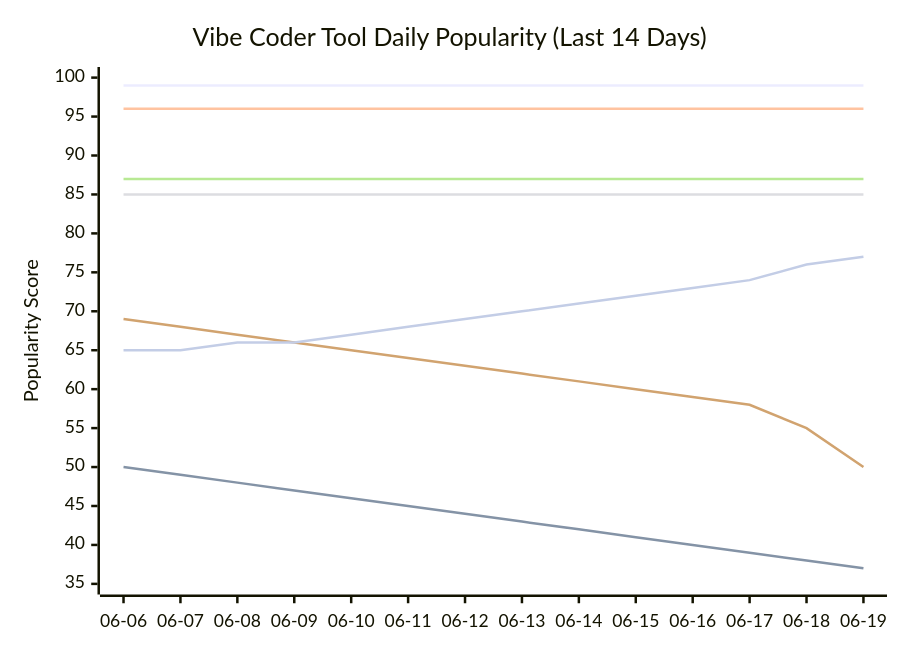
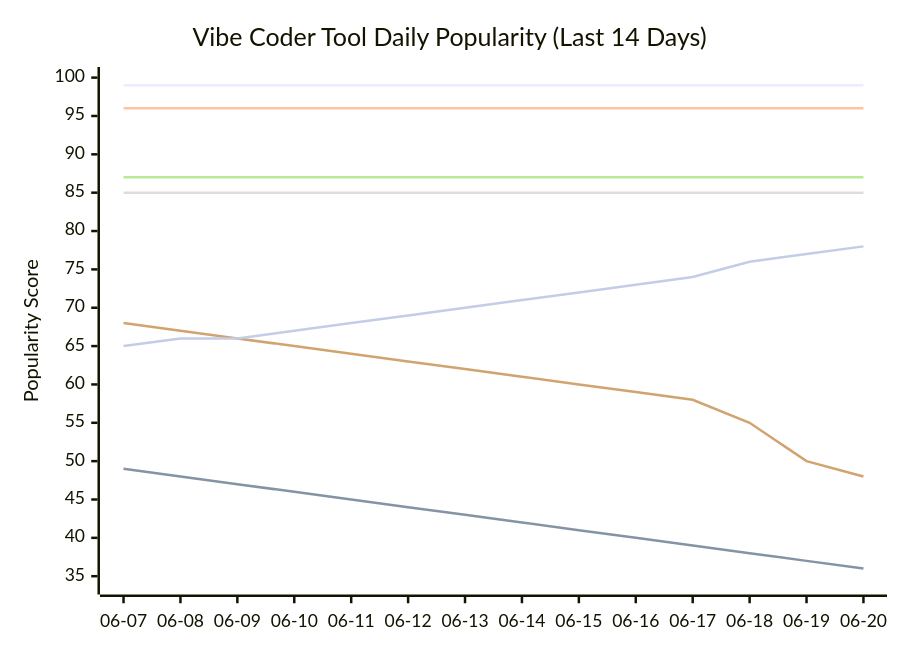
Before and after one commit to tykimos/ai-whatchelin: the seventh of 11 diagrams in README.md, drawn with Mermaid. The commit also changed other lines of this file and 4 other files, not shown here.

````diff
--- a/README.md
+++ b/README.md
@@ -1666,13 +1674,13 @@
 ```mermaid
 xychart-beta
     title "Vibe Coder Tool Daily Popularity (Last 14 Days)"
-    x-axis ["06-06", "06-07", "06-08", "06-09", "06-10", "06-11", "06-12", "06-13", "06-14", "06-15", "06-16", "06-17", "06-18", "06-19"]
-    y-axis "Popularity Score" 35 --> 100
+    x-axis ["06-07", "06-08", "06-09", "06-10", "06-11", "06-12", "06-13", "06-14", "06-15", "06-16", "06-17", "06-18", "06-19", "06-20"]
+    y-axis "Popularity Score" 34 --> 100
     line "Claude Code" [99, 99, 99, 99, 99, 99, 99, 99, 99, 99, 99, 99, 99, 99]
-    line "GH Copilot" [50, 49, 48, 47, 46, 45, 44, 43, 42, 41, 40, 39, 38, 37]
+    line "GH Copilot" [49, 48, 47, 46, 45, 44, 43, 42, 41, 40, 39, 38, 37, 36]
     line "Cursor" [96, 96, 96, 96, 96, 96, 96, 96, 96, 96, 96, 96, 96, 96]
     line "Windsurf" [85, 85, 85, 85, 85, 85, 85, 85, 85, 85, 85, 85, 85, 85]
     line "Codex CLI" [87, 87, 87, 87, 87, 87, 87, 87, 87, 87, 87, 87, 87, 87]
-    line "Gemini CLI" [69, 68, 67, 66, 65, 64, 63, 62, 61, 60, 59, 58, 55, 50]
-    line "Antigravity" [65, 65, 66, 66, 67, 68, 69, 70, 71, 72, 73, 74, 76, 77]
+    line "Gemini CLI" [68, 67, 66, 65, 64, 63, 62, 61, 60, 59, 58, 55, 50, 48]
+    line "Antigravity" [65, 66, 66, 67, 68, 69, 70, 71, 72, 73, 74, 76, 77, 78]
 ```
````
